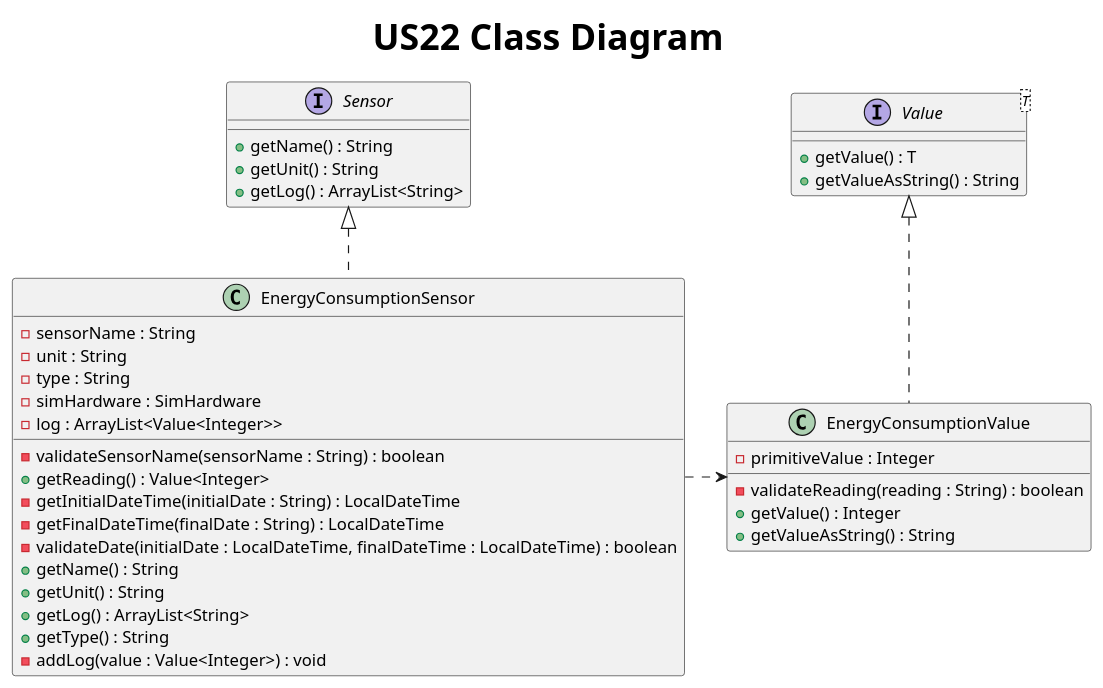
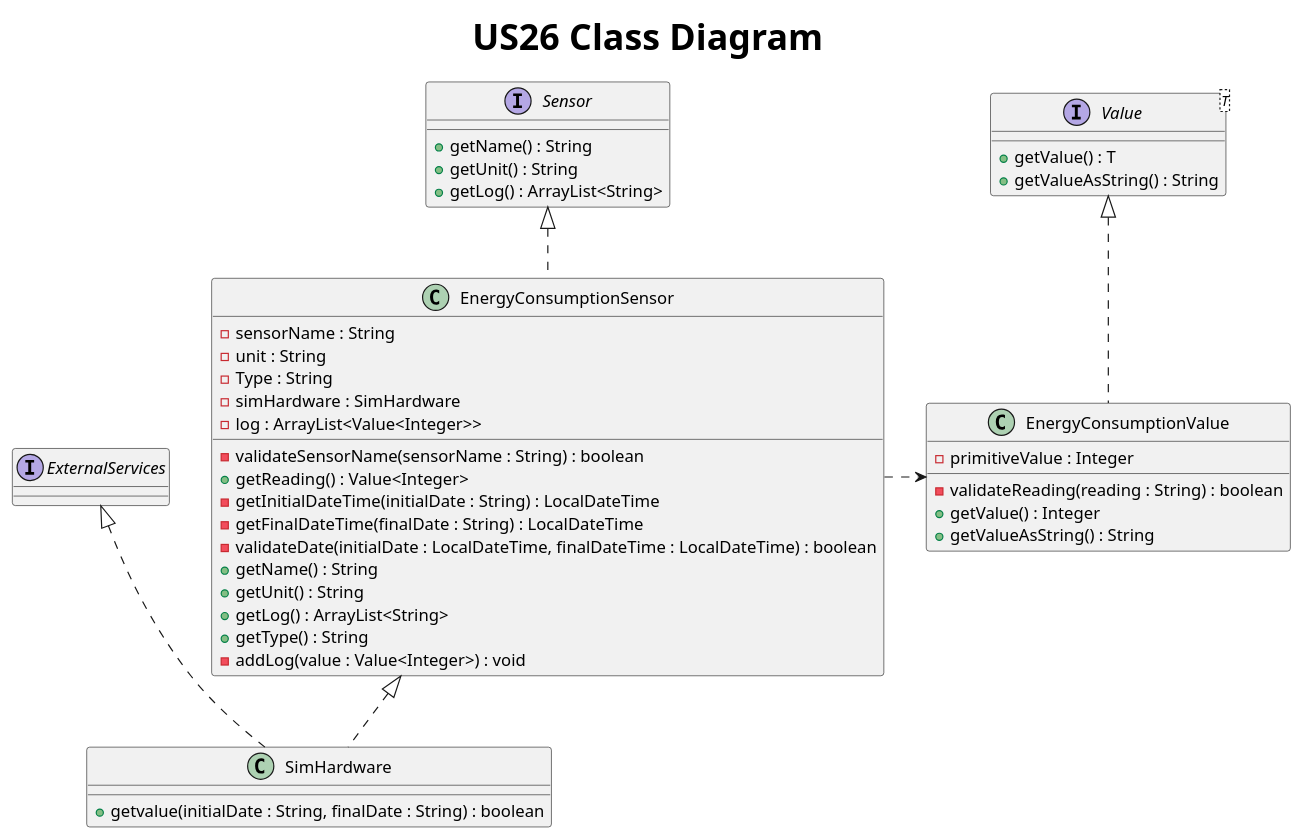
The diagram in Docs/US26/S3U26ClassDiagram.puml (AfonsoNeves77/smartHouse), drawn with PlantUML before and after one commit.

Commit message:
Corrections to US14 class diagram.

```diff
--- a/Docs/US26/S3U26ClassDiagram.puml
+++ b/Docs/US26/S3U26ClassDiagram.puml
@@ -1,50 +1,57 @@
 @startuml
-title <size: 30> US22 Class Diagram
+title <size: 30> US26 Class Diagram
 
 
 interface Sensor {
     + getName() : String
     + getUnit() : String
     + getLog() : ArrayList<String>
 }
 
 interface Value<T> {
     + getValue() : T
     + getValueAsString() : String
 }
 
+class SimHardware {
++ getvalue(initialDate : String, finalDate : String) : boolean
+}
 
+interface ExternalServices{}
 
 class EnergyConsumptionSensor{
     - sensorName : String
     - unit : String
-    -type : String
+    -Type : String
     - simHardware : SimHardware
     - log : ArrayList<Value<Integer>>
 
     -validateSensorName(sensorName : String) : boolean
     +getReading() : Value<Integer>
     -getInitialDateTime(initialDate : String) : LocalDateTime
     -getFinalDateTime(finalDate : String) : LocalDateTime
     -validateDate(initialDate : LocalDateTime, finalDateTime : LocalDateTime) : boolean
     +getName() : String
     +getUnit() : String
     +getLog() : ArrayList<String>
     +getType() : String
     -addLog(value : Value<Integer>) : void
 
 }
 
 class EnergyConsumptionValue {
     - primitiveValue : Integer
 
     - validateReading(reading : String) : boolean
     + getValue() : Integer
     + getValueAsString() : String
 }
 
 Value <|.. EnergyConsumptionValue
 Sensor <|.. EnergyConsumptionSensor
+ExternalServices <|.. SimHardware
+EnergyConsumptionSensor <|.. SimHardware
 EnergyConsumptionSensor .right.> EnergyConsumptionValue
 
+
 @enduml
```
